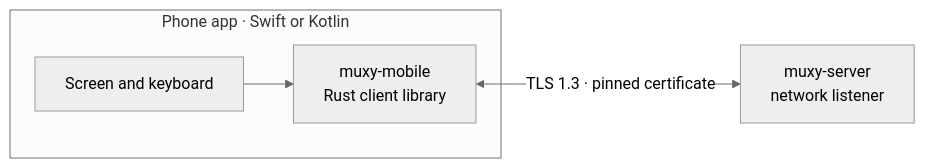
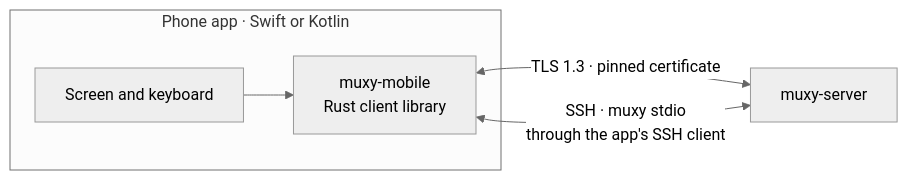
One commit to muxy-app/muxy changed the first of 2 diagrams in docs/tech/mobile.md. Above: the diagram before and after it, drawn with Mermaid (neutral theme). The commit also changed other lines of this file and 34 other files, not shown here.

````diff
--- a/docs/tech/mobile.md
+++ b/docs/tech/mobile.md
@@ -7,7 +11,8 @@
 ```mermaid
 flowchart LR
     subgraph PHONE["Phone app · Swift or Kotlin"]
         VIEW["Screen and keyboard"] --> SDK["muxy-mobile<br/>Rust client library"]
     end
-    SDK <-->|"TLS 1.3 · pinned certificate"| SERVER["muxy-server<br/>network listener"]
+    SDK <-->|"TLS 1.3 · pinned certificate"| SERVER["muxy-server"]
+    SDK <-->|"SSH · muxy stdio<br/>through the app's SSH client"| SERVER
 ```
````
